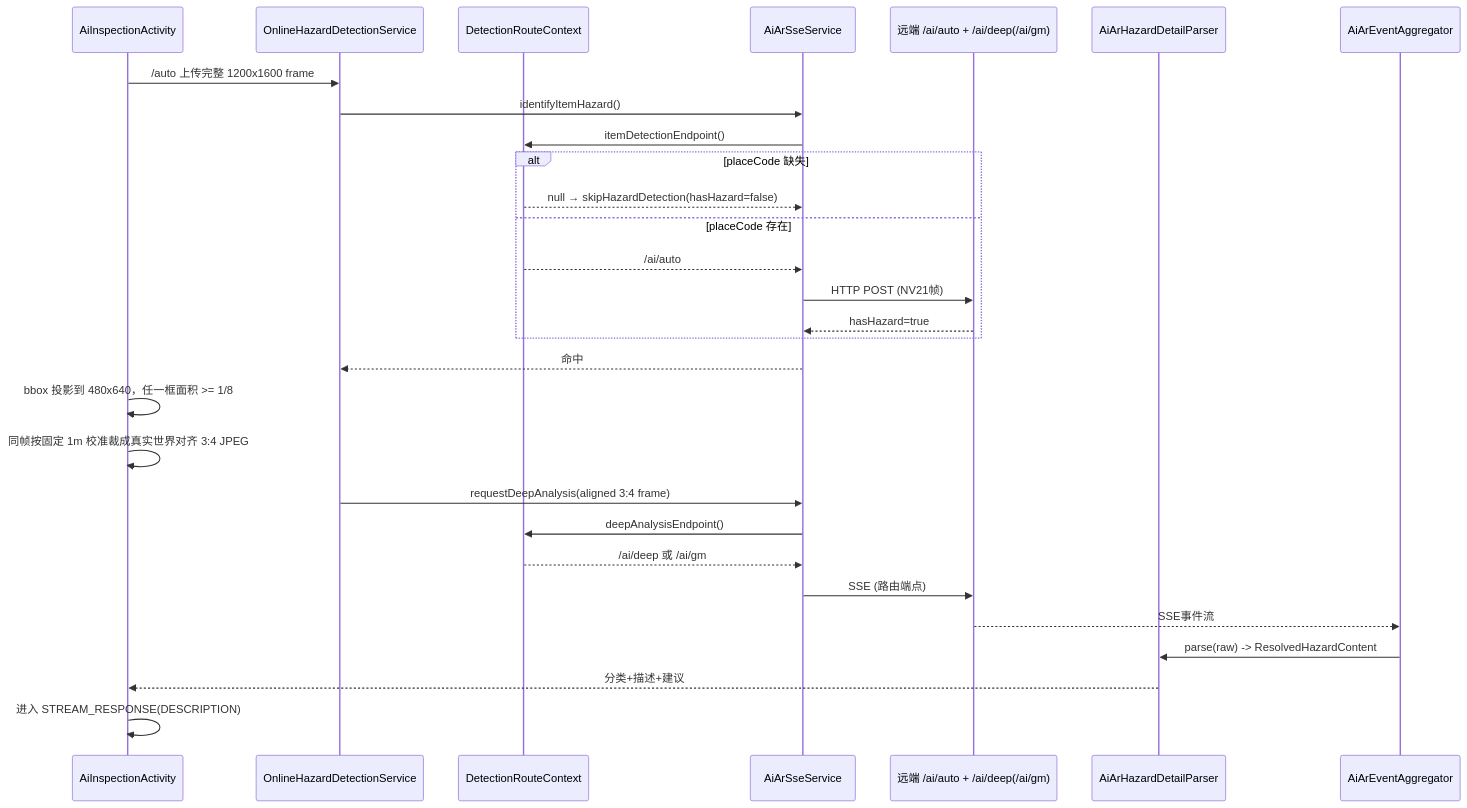
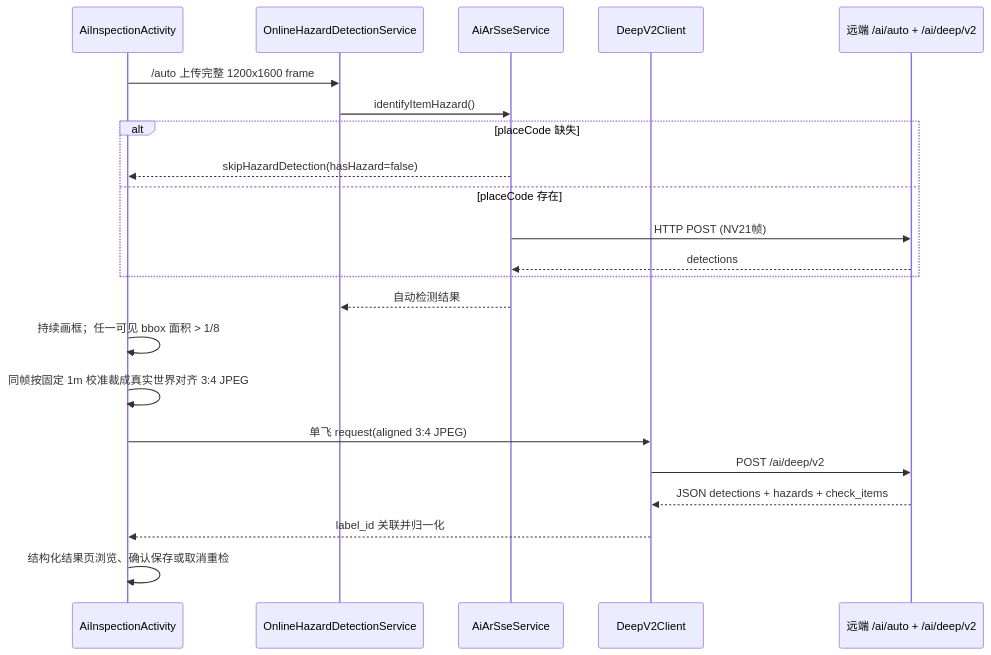
Before and after one commit to WuChaoli/HiddenRiskGlass: the fourth of 9 diagrams in docs/CODEMAPS.md, drawn with Mermaid. The commit also changed other lines of this file and 2 other files, not shown here.

Commit message:
文档：同步 deep v2 自动链路

````diff
--- a/docs/CODEMAPS.md
+++ b/docs/CODEMAPS.md
@@ -191,32 +191,25 @@
 ```mermaid
 sequenceDiagram
     participant AI as AiInspectionActivity
     participant ODS as OnlineHazardDetectionService
-    participant Route as DetectionRouteContext
     participant SSE as AiArSseService
-    participant Remote as 远端 /ai/auto + /ai/deep(/ai/gm)
-    participant Parser as AiArHazardDetailParser
-    participant Agg as AiArEventAggregator
+    participant V2 as DeepV2Client
+    participant Remote as 远端 /ai/auto + /ai/deep/v2
 
     AI->>ODS: /auto 上传完整 1200x1600 frame
     ODS->>SSE: identifyItemHazard()
-    SSE->>Route: itemDetectionEndpoint()
     alt placeCode 缺失
-        Route-->>SSE: null → skipHazardDetection(hasHazard=false)
+        SSE-->>AI: skipHazardDetection(hasHazard=false)
     else placeCode 存在
-        Route-->>SSE: /ai/auto
         SSE->>Remote: HTTP POST (NV21帧)
-        Remote-->>SSE: hasHazard=true
+        Remote-->>SSE: detections
     end
-    SSE-->>ODS: 命中
-    AI->>AI: bbox 投影到 480x640，任一框面积 >= 1/8
+    SSE-->>ODS: 自动检测结果
+    AI->>AI: 持续画框；任一可见 bbox 面积 > 1/8
     AI->>AI: 同帧按固定 1m 校准裁成真实世界对齐 3:4 JPEG
-    ODS->>SSE: requestDeepAnalysis(aligned 3:4 frame)
-    SSE->>Route: deepAnalysisEndpoint()
-    Route-->>SSE: /ai/deep 或 /ai/gm
-    SSE->>Remote: SSE (路由端点)
-    Remote-->>Agg: SSE事件流
-    Agg->>Parser: parse(raw) -> ResolvedHazardContent
-    Parser-->>AI: 分类+描述+建议
-    AI->>AI: 进入 STREAM_RESPONSE(DESCRIPTION)
+    AI->>V2: 单飞 request(aligned 3:4 JPEG)
+    V2->>Remote: POST /ai/deep/v2
+    Remote-->>V2: JSON detections + hazards + check_items
+    V2-->>AI: label_id 关联并归一化
+    AI->>AI: 结构化结果页浏览、确认保存或取消重检
 ```
````
